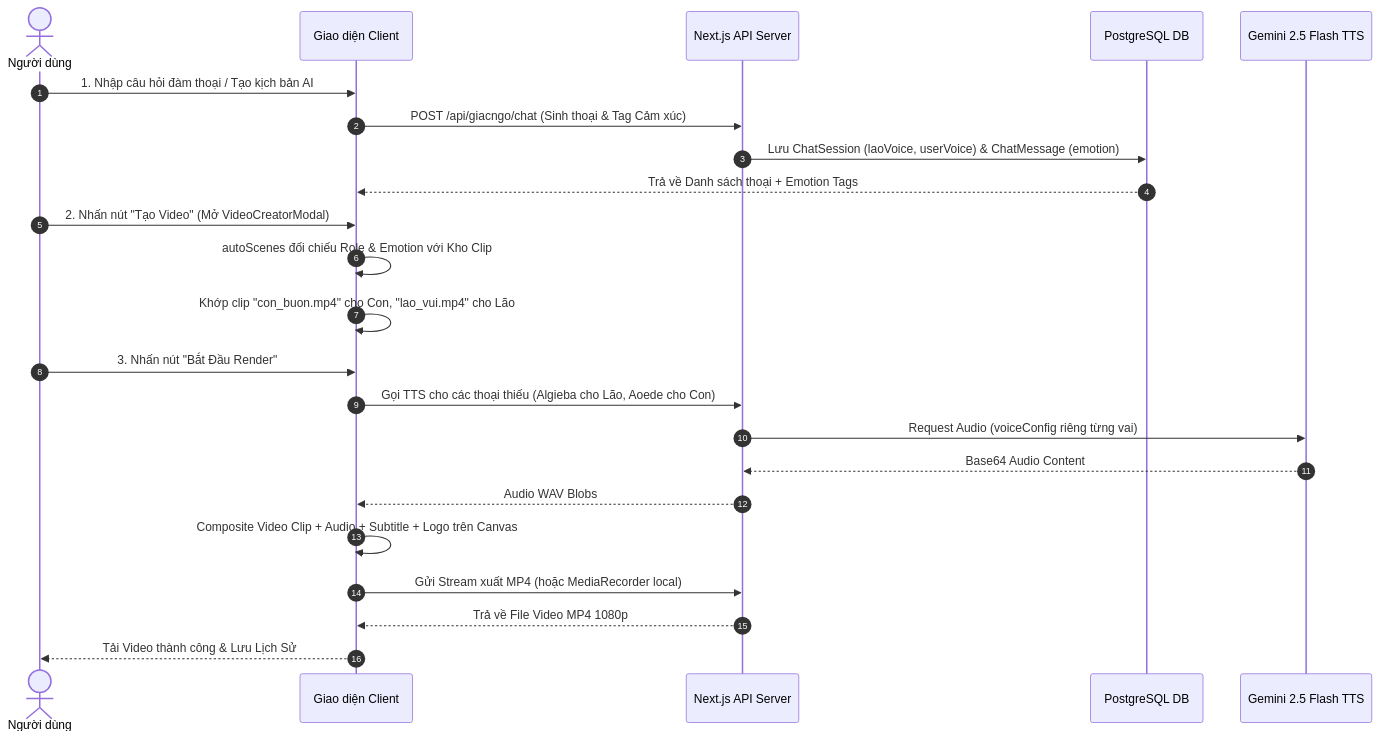
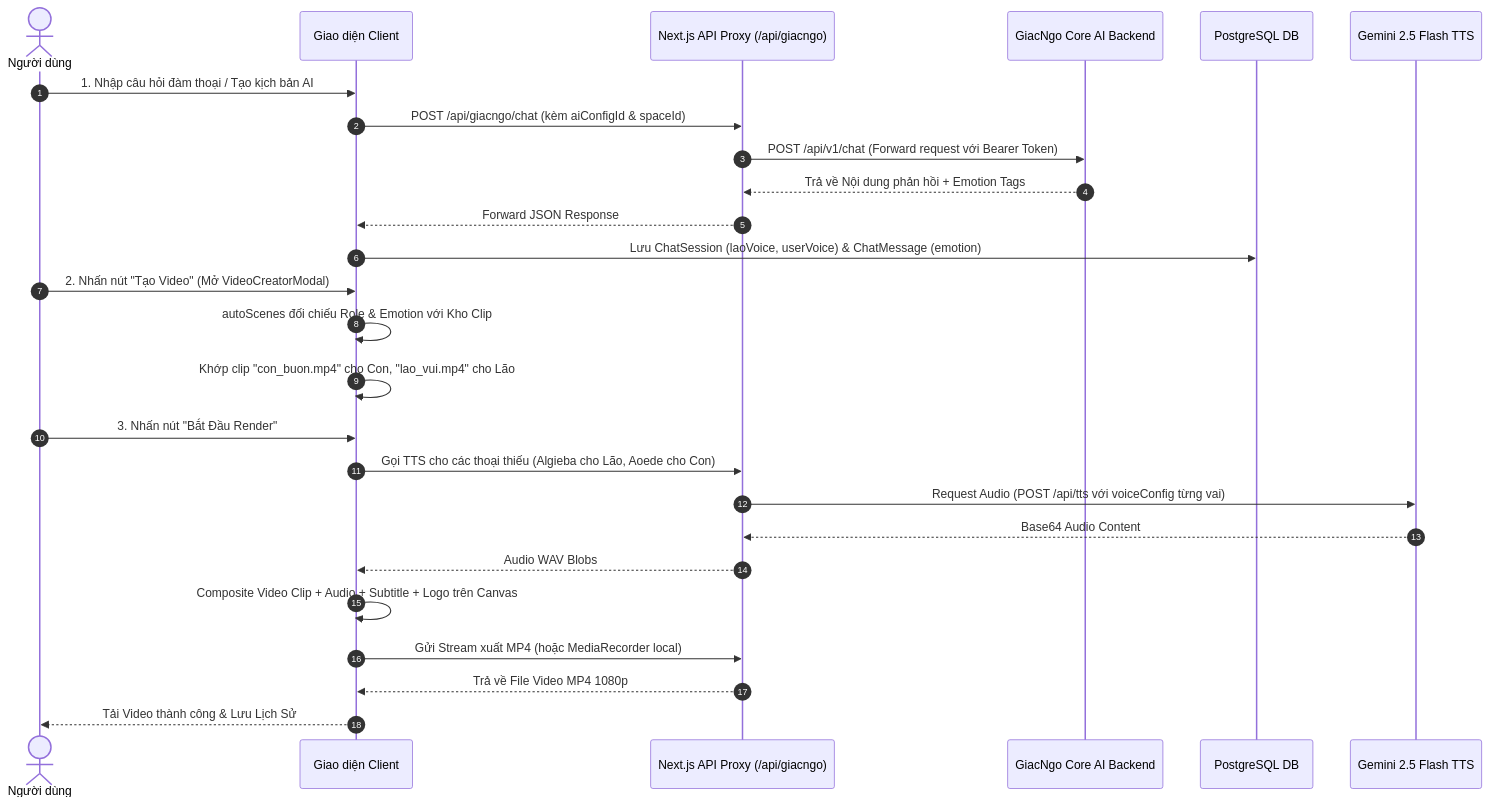
One commit to buidangphong020488-blip/onglao changed the diagram in docs/LUONG_XU_LY_KY_THUAT_DAM_THOAI.md. Above: the diagram before and after it, drawn with Mermaid. The commit also changed other lines of this file, not shown here.

Commit message:
docs: add GiacNgo Chat Engine & Content Generation architecture to technical specification

````diff
--- a/docs/LUONG_XU_LY_KY_THUAT_DAM_THOAI.md
+++ b/docs/LUONG_XU_LY_KY_THUAT_DAM_THOAI.md
@@ -186,29 +232,32 @@
 ```mermaid
 sequenceDiagram
     autonumber
     actor User as Người dùng
     participant UI as Giao diện Client
-    participant Server as Next.js API Server
+    participant Proxy as Next.js API Proxy (/api/giacngo)
+    participant Core as GiacNgo Core AI Backend
     participant DB as PostgreSQL DB
     participant TTS as Gemini 2.5 Flash TTS
 
     User->>UI: 1. Nhập câu hỏi đàm thoại / Tạo kịch bản AI
-    UI->>Server: POST /api/giacngo/chat (Sinh thoại & Tag Cảm xúc)
-    Server->>DB: Lưu ChatSession (laoVoice, userVoice) & ChatMessage (emotion)
-    DB-->>UI: Trả về Danh sách thoại + Emotion Tags
+    UI->>Proxy: POST /api/giacngo/chat (kèm aiConfigId & spaceId)
+    Proxy->>Core: POST /api/v1/chat (Forward request với Bearer Token)
+    Core-->>Proxy: Trả về Nội dung phản hồi + Emotion Tags
+    Proxy-->>UI: Forward JSON Response
+    UI->>DB: Lưu ChatSession (laoVoice, userVoice) & ChatMessage (emotion)
     
     User->>UI: 2. Nhấn nút "Tạo Video" (Mở VideoCreatorModal)
     UI->>UI: autoScenes đối chiếu Role & Emotion với Kho Clip
     UI->>UI: Khớp clip "con_buon.mp4" cho Con, "lao_vui.mp4" cho Lão
     
     User->>UI: 3. Nhấn nút "Bắt Đầu Render"
-    UI->>Server: Gọi TTS cho các thoại thiếu (Algieba cho Lão, Aoede cho Con)
-    Server->>TTS: Request Audio (voiceConfig riêng từng vai)
-    TTS-->>Server: Base64 Audio Content
-    Server-->>UI: Audio WAV Blobs
+    UI->>Proxy: Gọi TTS cho các thoại thiếu (Algieba cho Lão, Aoede cho Con)
+    Proxy->>TTS: Request Audio (POST /api/tts với voiceConfig từng vai)
+    TTS-->>Proxy: Base64 Audio Content
+    Proxy-->>UI: Audio WAV Blobs
     
     UI->>UI: Composite Video Clip + Audio + Subtitle + Logo trên Canvas
-    UI->>Server: Gửi Stream xuất MP4 (hoặc MediaRecorder local)
-    Server-->>UI: Trả về File Video MP4 1080p
+    UI->>Proxy: Gửi Stream xuất MP4 (hoặc MediaRecorder local)
+    Proxy-->>UI: Trả về File Video MP4 1080p
     UI-->>User: Tải Video thành công & Lưu Lịch Sử
 ```
````
